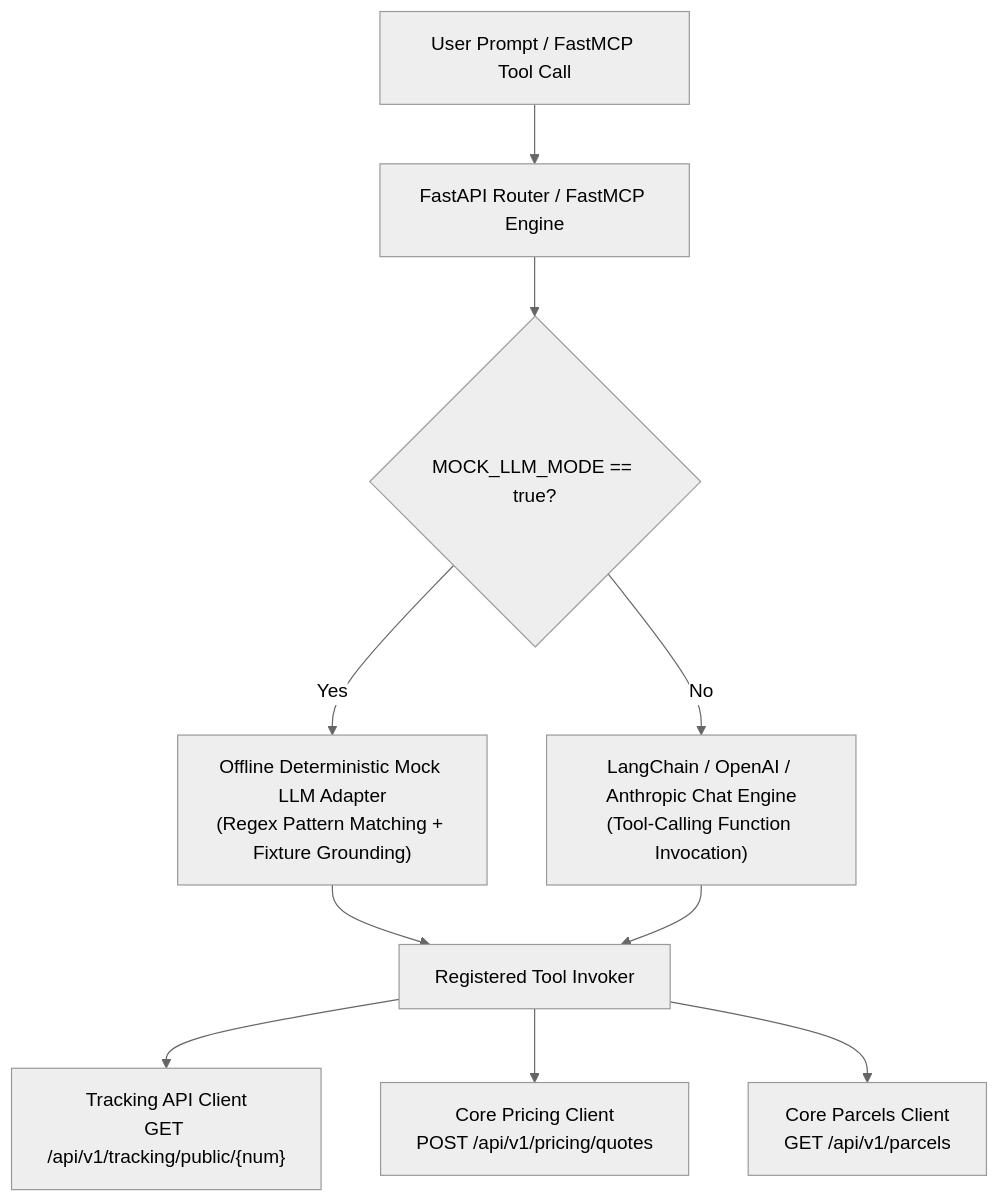
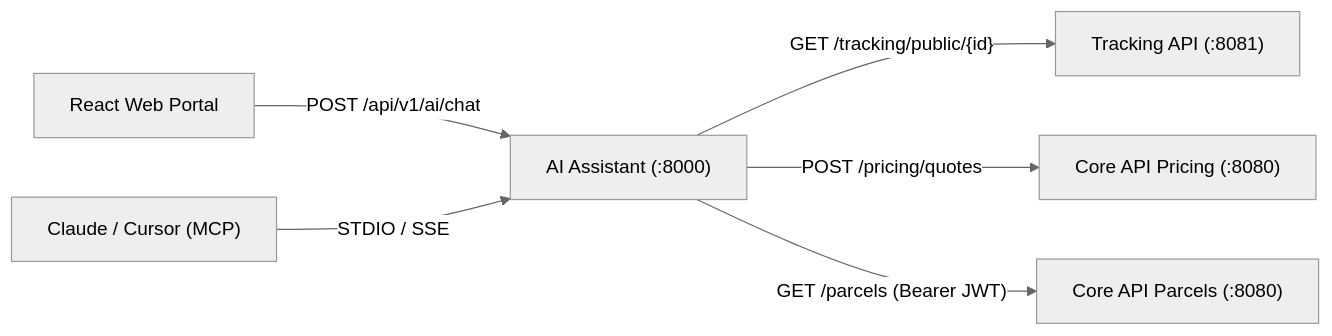
The diagram in services/ai-assistant/README.md (phantomTroupeEAD/SwiftDrop), drawn with Mermaid (neutral theme) before and after one commit. The commit also changed other lines of this file and 1 other file, not shown here.

Commit message:
docs(ai-assistant): establish professional README and exhaustive living system document

````diff
--- a/services/ai-assistant/README.md
+++ b/services/ai-assistant/README.md
@@ -52,12 +38,9 @@
 ```mermaid
-flowchart TD
-    UserReq["User Prompt / FastMCP Tool Call"] --> FastAPIServer["FastAPI Router / FastMCP Engine"]
-    FastAPIServer --> ConfigCheck{"MOCK_LLM_MODE == true?"}
-    ConfigCheck -- Yes --> MockAdapter["Offline Deterministic Mock LLM Adapter<br/>(Regex Pattern Matching + Fixture Grounding)"]
-    ConfigCheck -- No --> LiveAdapter["LangChain / OpenAI / Anthropic Chat Engine<br/>(Tool-Calling Function Invocation)"]
-    MockAdapter --> ToolRegistry["Registered Tool Invoker"]
-    LiveAdapter --> ToolRegistry
-    ToolRegistry --> TrackingClient["Tracking API Client<br/>GET /api/v1/tracking/public/{num}"]
-    ToolRegistry --> PricingClient["Core Pricing Client<br/>POST /api/v1/pricing/quotes"]
-    ToolRegistry --> ParcelsClient["Core Parcels Client<br/>GET /api/v1/parcels"]
+flowchart LR
+    Portal["React Web Portal"] -->|"POST /api/v1/ai/chat"| AIService["AI Assistant (:8000)"]
+    Cursor["Claude / Cursor (MCP)"] -->|"STDIO / SSE"| AIService
+    
+    AIService -->|"GET /tracking/public/{id}"| TrackingAPI["Tracking API (:8081)"]
+    AIService -->|"POST /pricing/quotes"| CorePricing["Core API Pricing (:8080)"]
+    AIService -->|"GET /parcels (Bearer JWT)"| CoreParcels["Core API Parcels (:8080)"]
 ```
````
